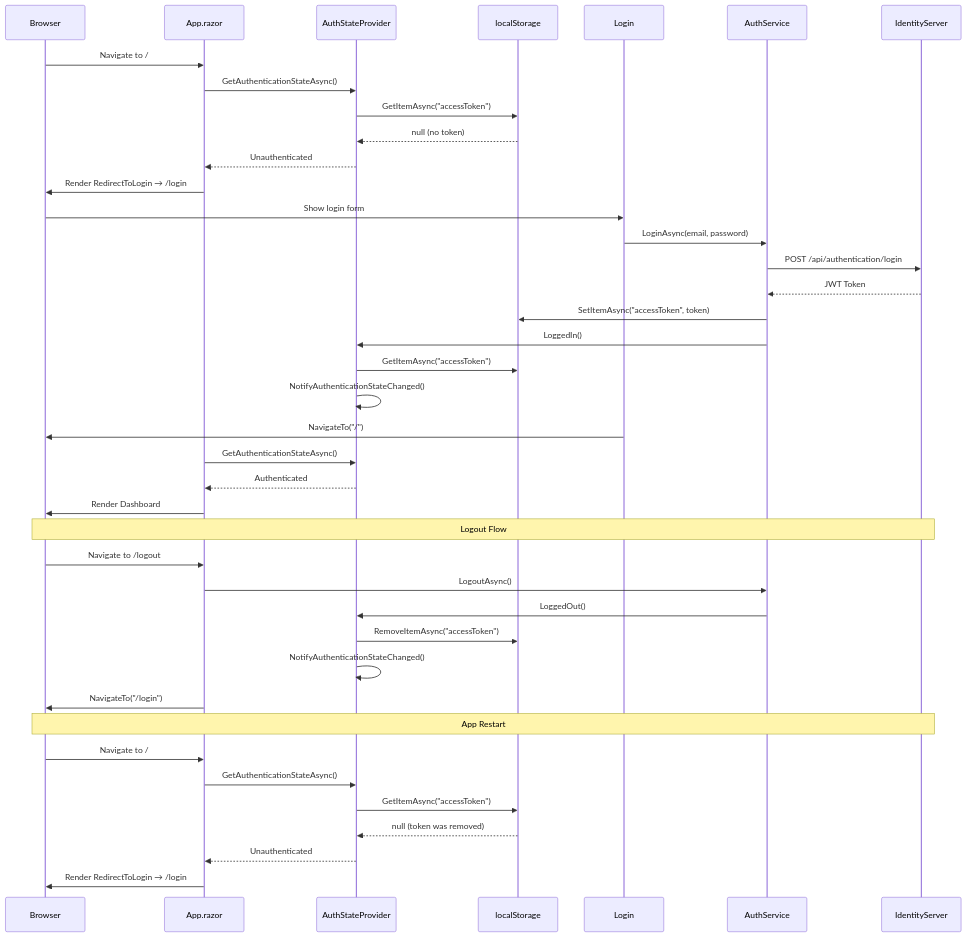
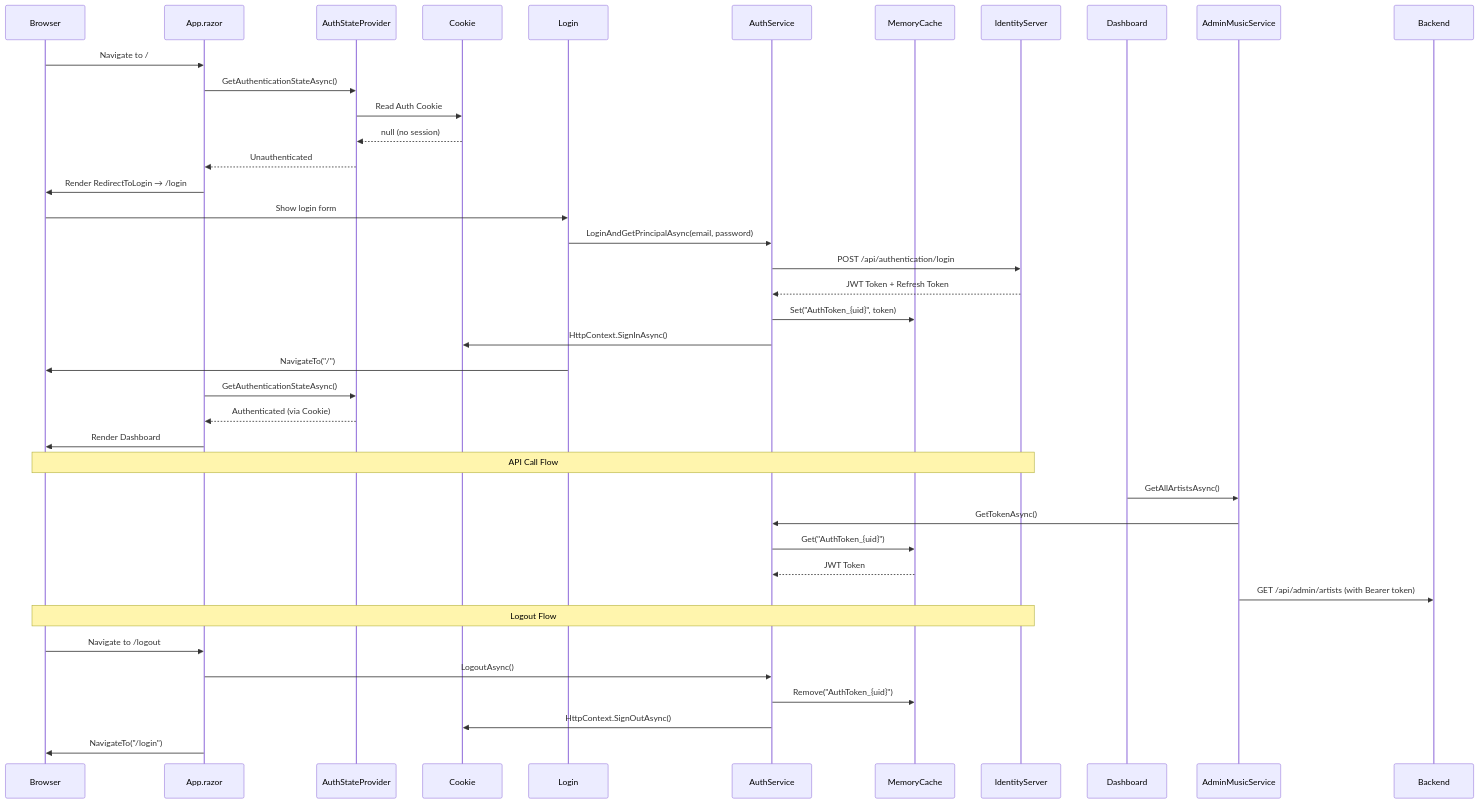
One commit to KLNHOMEALONE/Innowise.Music changed the third of 3 diagrams in Docs/admin-dashboard.md. Above: the diagram before and after it, drawn with Mermaid. The commit also changed other lines of this file and 5 other files, not shown here.

````diff
--- a/Docs/admin-dashboard.md
+++ b/Docs/admin-dashboard.md
@@ -136,46 +145,44 @@
 ```mermaid
 sequenceDiagram
     participant Browser
     participant App.razor
     participant AuthStateProvider
-    participant localStorage
+    participant Cookie
     participant Login
     participant AuthService
+    participant MemoryCache
     participant IdentityServer
 
     Browser->>App.razor: Navigate to /
     App.razor->>AuthStateProvider: GetAuthenticationStateAsync()
-    AuthStateProvider->>localStorage: GetItemAsync("accessToken")
-    localStorage-->>AuthStateProvider: null (no token)
+    AuthStateProvider->>Cookie: Read Auth Cookie
+    Cookie-->>AuthStateProvider: null (no session)
     AuthStateProvider-->>App.razor: Unauthenticated
     App.razor->>Browser: Render RedirectToLogin → /login
 
     Browser->>Login: Show login form
-    Login->>AuthService: LoginAsync(email, password)
+    Login->>AuthService: LoginAndGetPrincipalAsync(email, password)
     AuthService->>IdentityServer: POST /api/authentication/login
-    IdentityServer-->>AuthService: JWT Token
-    AuthService->>localStorage: SetItemAsync("accessToken", token)
-    AuthService->>AuthStateProvider: LoggedIn()
-    AuthStateProvider->>localStorage: GetItemAsync("accessToken")
-    AuthStateProvider->>AuthStateProvider: NotifyAuthenticationStateChanged()
+    IdentityServer-->>AuthService: JWT Token + Refresh Token
+    AuthService->>MemoryCache: Set("AuthToken_{uid}", token)
+    AuthService->>Cookie: HttpContext.SignInAsync()
     Login->>Browser: NavigateTo("/")
+    
     App.razor->>AuthStateProvider: GetAuthenticationStateAsync()
-    AuthStateProvider-->>App.razor: Authenticated
+    AuthStateProvider-->>App.razor: Authenticated (via Cookie)
     App.razor->>Browser: Render Dashboard
+
+    Note over Browser,IdentityServer: API Call Flow
+    Dashboard->>AdminMusicService: GetAllArtistsAsync()
+    AdminMusicService->>AuthService: GetTokenAsync()
+    AuthService->>MemoryCache: Get("AuthToken_{uid}")
+    MemoryCache-->>AuthService: JWT Token
+    AdminMusicService->>Backend: GET /api/admin/artists (with Bearer token)
 
     Note over Browser,IdentityServer: Logout Flow
     Browser->>App.razor: Navigate to /logout
     App.razor->>AuthService: LogoutAsync()
-    AuthService->>AuthStateProvider: LoggedOut()
-    AuthStateProvider->>localStorage: RemoveItemAsync("accessToken")
-    AuthStateProvider->>AuthStateProvider: NotifyAuthenticationStateChanged()
+    AuthService->>MemoryCache: Remove("AuthToken_{uid}")
+    AuthService->>Cookie: HttpContext.SignOutAsync()
     App.razor->>Browser: NavigateTo("/login")
-
-    Note over Browser,IdentityServer: App Restart
-    Browser->>App.razor: Navigate to /
-    App.razor->>AuthStateProvider: GetAuthenticationStateAsync()
-    AuthStateProvider->>localStorage: GetItemAsync("accessToken")
-    localStorage-->>AuthStateProvider: null (token was removed)
-    AuthStateProvider-->>App.razor: Unauthenticated
-    App.razor->>Browser: Render RedirectToLogin → /login
 ```
````
